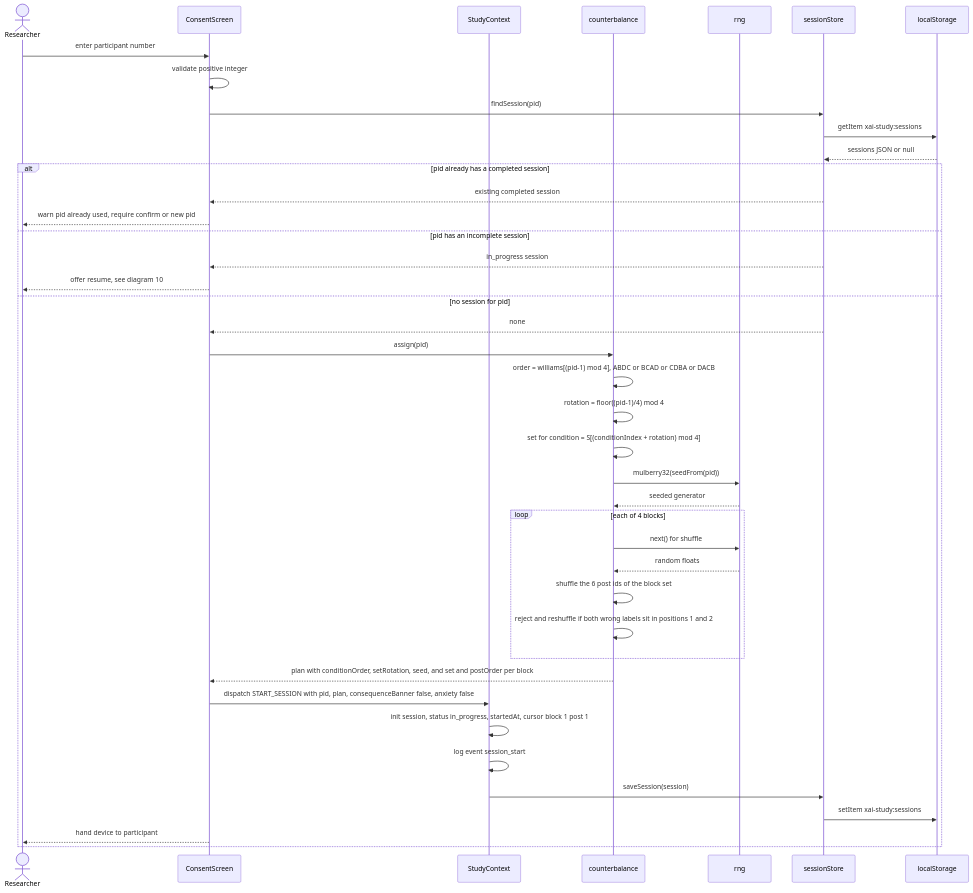
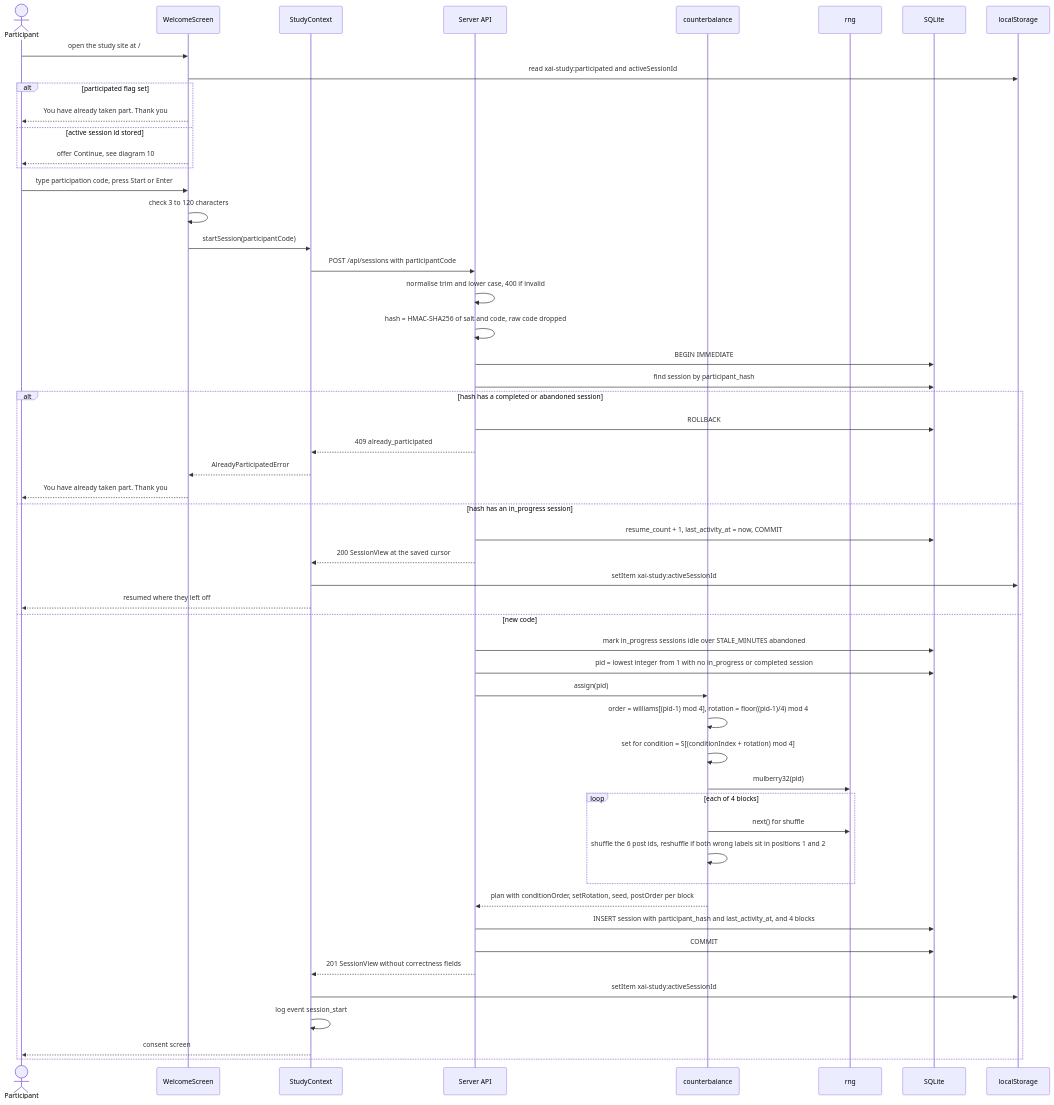
One commit to bibekgupta3333/HCI changed the first of 12 diagrams in docs/sequence-diagrams.md. Above: the diagram before and after it, drawn with Mermaid. The commit also changed other lines of this file and 87 other files, not shown here.

````diff
--- a/docs/sequence-diagrams.md
+++ b/docs/sequence-diagrams.md
@@ -27,44 +28,56 @@
 ```mermaid
 sequenceDiagram
-    actor Researcher
-    participant Consent as ConsentScreen
+    actor P as Participant
+    participant W as WelcomeScreen
     participant SC as StudyContext
+    participant API as Server API
     participant CB as counterbalance
     participant RNG as rng
-    participant SS as sessionStore
+    participant DB as SQLite
     participant LS as localStorage
 
-    Researcher->>Consent: enter participant number
-    Consent->>Consent: validate positive integer
-    Consent->>SS: findSession(pid)
-    SS->>LS: getItem xai-study:sessions
-    LS-->>SS: sessions JSON or null
-    alt pid already has a completed session
-        SS-->>Consent: existing completed session
-        Consent-->>Researcher: warn pid already used, require confirm or new pid
-    else pid has an incomplete session
-        SS-->>Consent: in_progress session
-        Consent-->>Researcher: offer resume, see diagram 10
-    else no session for pid
-        SS-->>Consent: none
-        Consent->>CB: assign(pid)
-        CB->>CB: order = williams[(pid-1) mod 4], ABDC or BCAD or CDBA or DACB
-        CB->>CB: rotation = floor((pid-1)/4) mod 4
+    P->>W: open the study site at /
+    W->>LS: read xai-study:participated and activeSessionId
+    alt participated flag set
+        W-->>P: You have already taken part. Thank you
+    else active session id stored
+        W-->>P: offer Continue, see diagram 10
+    end
+    P->>W: type participation code, press Start or Enter
+    W->>W: check 3 to 120 characters
+    W->>SC: startSession(participantCode)
+    SC->>API: POST /api/sessions with participantCode
+    API->>API: normalise trim and lower case, 400 if invalid
+    API->>API: hash = HMAC-SHA256 of salt and code, raw code dropped
+    API->>DB: BEGIN IMMEDIATE
+    API->>DB: find session by participant_hash
+    alt hash has a completed or abandoned session
+        API->>DB: ROLLBACK
+        API-->>SC: 409 already_participated
+        SC-->>W: AlreadyParticipatedError
+        W-->>P: You have already taken part. Thank you
+    else hash has an in_progress session
+        API->>DB: resume_count + 1, last_activity_at = now, COMMIT
+        API-->>SC: 200 SessionView at the saved cursor
+        SC->>LS: setItem xai-study:activeSessionId
+        SC-->>P: resumed where they left off
+    else new code
+        API->>DB: mark in_progress sessions idle over STALE_MINUTES abandoned
+        API->>DB: pid = lowest integer from 1 with no in_progress or completed session
+        API->>CB: assign(pid)
+        CB->>CB: order = williams[(pid-1) mod 4], rotation = floor((pid-1)/4) mod 4
         CB->>CB: set for condition = S[(conditionIndex + rotation) mod 4]
-        CB->>RNG: mulberry32(seedFrom(pid))
-        RNG-->>CB: seeded generator
+        CB->>RNG: mulberry32(pid)
         loop each of 4 blocks
             CB->>RNG: next() for shuffle
-            RNG-->>CB: random floats
-            CB->>CB: shuffle the 6 post ids of the block set
-            CB->>CB: reject and reshuffle if both wrong labels sit in positions 1 and 2
+            CB->>CB: shuffle the 6 post ids, reshuffle if both wrong labels sit in positions 1 and 2
         end
-        CB-->>Consent: plan with conditionOrder, setRotation, seed, and set and postOrder per block
-        Consent->>SC: dispatch START_SESSION with pid, plan, consequenceBanner false, anxiety false
-        SC->>SC: init session, status in_progress, startedAt, cursor block 1 post 1
+        CB-->>API: plan with conditionOrder, setRotation, seed, postOrder per block
+        API->>DB: INSERT session with participant_hash and last_activity_at, and 4 blocks
+        API->>DB: COMMIT
+        API-->>SC: 201 SessionView without correctness fields
+        SC->>LS: setItem xai-study:activeSessionId
         SC->>SC: log event session_start
-        SC->>SS: saveSession(session)
-        SS->>LS: setItem xai-study:sessions
-        Consent-->>Researcher: hand device to participant
+        SC-->>P: consent screen
     end
 ```
````
